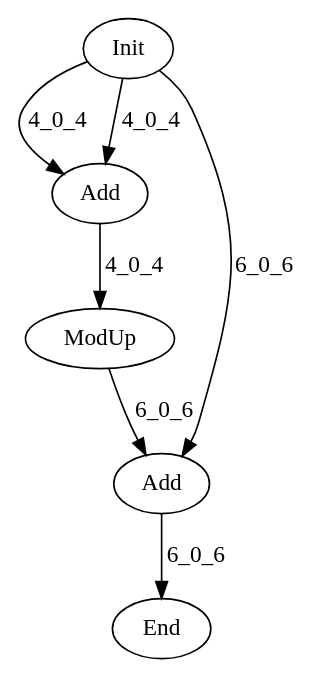
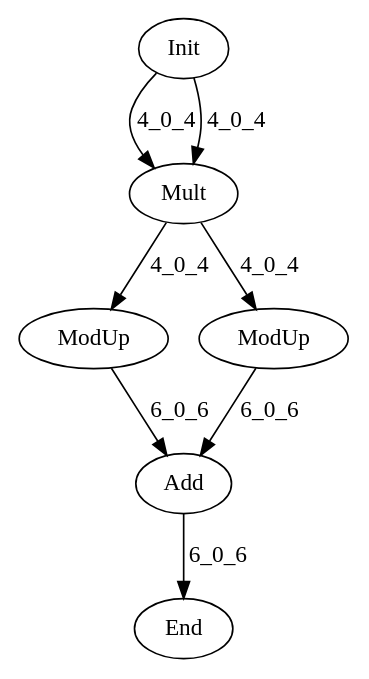
Before and after one commit to hal-lab-u-tokyo/PolyFHE: the diagram in data/graph_poly.dot, drawn with Graphviz. The commit also changed 4 other files, not shown here.

```diff
--- a/data/graph_poly.dot
+++ b/data/graph_poly.dot
@@ -1,13 +1,15 @@
 digraph G {
 Init[label="Init"];
-Add0[label="Add"];
 End[label="End"];
+Mult[label="Mult"];
 Add[label="Add"];
 ModUp[label="ModUp"];
-Init -> Add0[label="4_0_4"];
-Init -> Add0[label="4_0_4"];
-Add0 -> ModUp[label="4_0_4"];
-Init -> Add[label="6_0_6"];
+ModUp2[label="ModUp"];
+Init -> Mult[label="4_0_4"];
+Init -> Mult[label="4_0_4"];
+Mult -> ModUp[label="4_0_4"];
+Mult -> ModUp2[label="4_0_4"];
 ModUp -> Add[label="6_0_6"];
+ModUp2 -> Add[label="6_0_6"];
 Add -> End[label="6_0_6"];
 }
```
